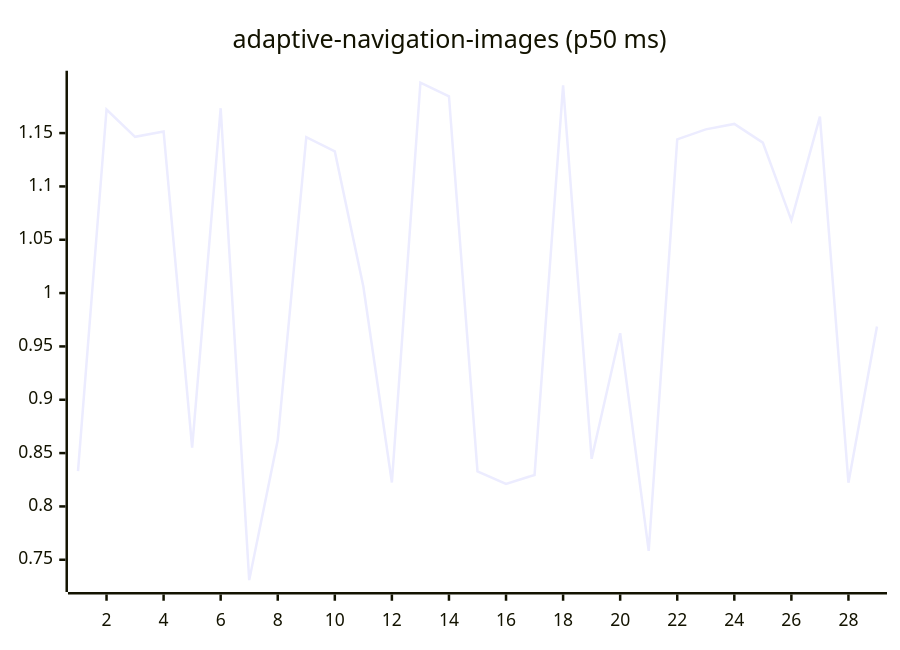
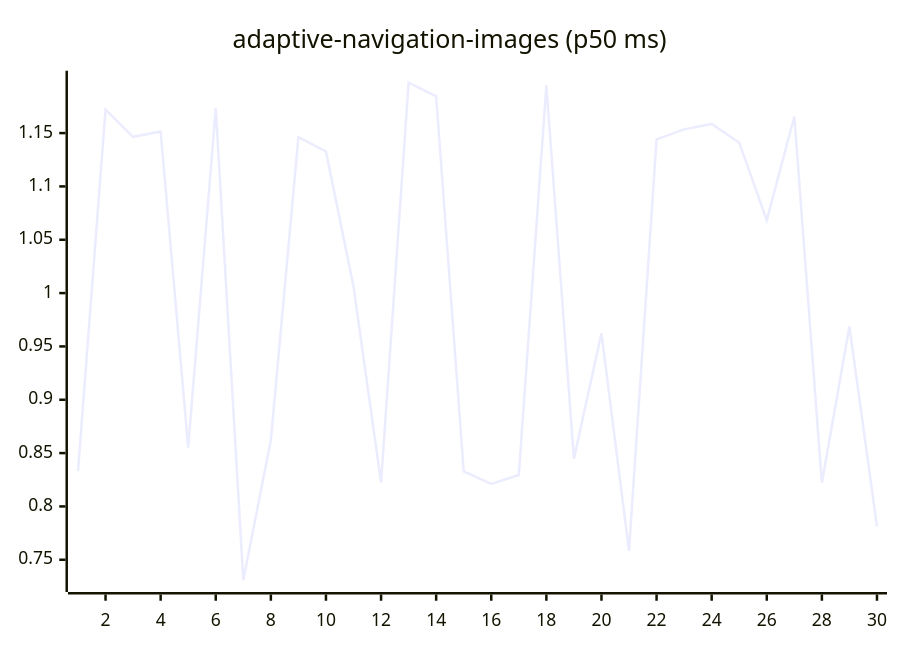
Before and after one commit to josha/Facet: the first of 27 diagrams in README.md, drawn with Mermaid. The commit also changed other lines of this file and 2 other files, not shown here.

````diff
--- a/README.md
+++ b/README.md
@@ -63,6 +63,6 @@
 ```mermaid
 xychart-beta
     title "adaptive-navigation-images (p50 ms)"
-    x-axis 1 --> 29
-    line [0.8330, 1.1721, 1.1465, 1.1515, 0.8551, 1.1733, 0.7309, 0.8622, 1.1462, 1.1328, 1.0062, 0.8224, 1.1973, 1.1845, 0.8328, 0.8211, 0.8295, 1.1947, 0.8446, 0.9624, 0.7583, 1.1441, 1.1535, 1.1586, 1.1410, 1.0683, 1.1655, 0.8222, 0.9687]
+    x-axis 1 --> 30
+    line [0.8330, 1.1721, 1.1465, 1.1515, 0.8551, 1.1733, 0.7309, 0.8622, 1.1462, 1.1328, 1.0062, 0.8224, 1.1973, 1.1845, 0.8328, 0.8211, 0.8295, 1.1947, 0.8446, 0.9624, 0.7583, 1.1441, 1.1535, 1.1586, 1.1410, 1.0683, 1.1655, 0.8222, 0.9687, 0.7812]
 ```
````
